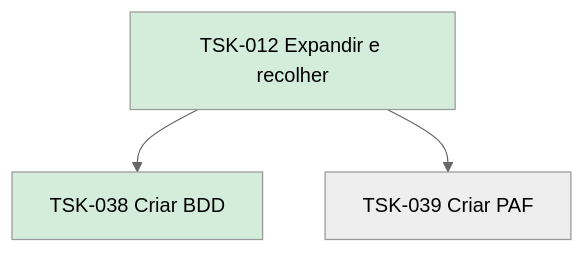
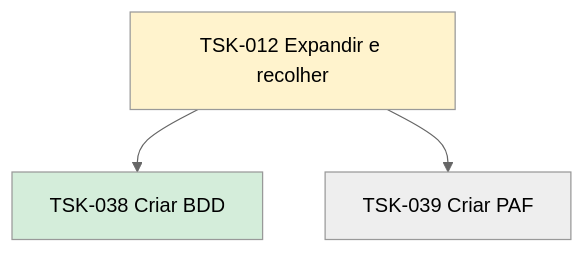
Before and after one commit to laerciogermano/workstation: the diagram in flow/tasks/TSK-001-criar-epico/TSK-002-criar-as-historias/TSK-003-explorar/TSK-012-toggle-visualizar-filhos/README.md, drawn with Mermaid (neutral theme). The commit also changed other lines of this file and 53 other files, not shown here.

````diff
--- a/flow/tasks/TSK-001-criar-epico/TSK-002-criar-as-historias/TSK-003-explorar/TSK-012-toggle-visualizar-filhos/README.md
+++ b/flow/tasks/TSK-001-criar-epico/TSK-002-criar-as-historias/TSK-003-explorar/TSK-012-toggle-visualizar-filhos/README.md
@@ -12,10 +12,10 @@
 ```mermaid
 flowchart TD
   T012[TSK-012 Expandir e recolher]
   T038[TSK-038 Criar BDD]
   T039[TSK-039 Criar PAF]
   T012 --> T038
   T012 --> T039
-  style T012 fill:#d4edda
+  style T012 fill:#fff3cd
   style T038 fill:#d4edda
 ```
````
